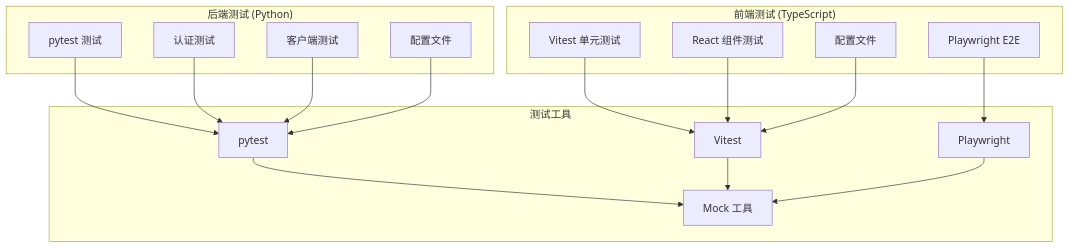
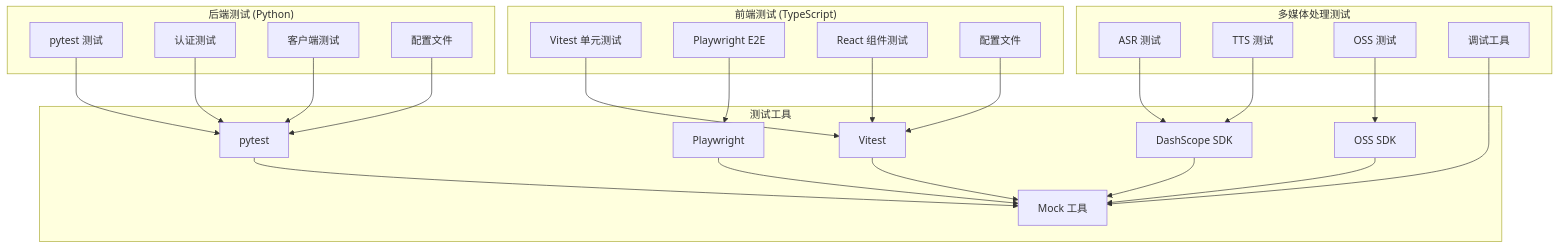
Before and after one commit to hbxfhrg/deer-flow: the first of 11 diagrams in .qoder/repowiki/zh/content/开发指南/测试套件文档.md, drawn with Mermaid. The commit also changed other lines of this file and 4 other files, not shown here.

````diff
--- a/.qoder/repowiki/zh/content/开发指南/测试套件文档.md
+++ b/.qoder/repowiki/zh/content/开发指南/测试套件文档.md
@@ -36,32 +54,46 @@
 ```mermaid
 graph TB
 subgraph "后端测试 (Python)"
 BT1[pytest 测试]
 BT2[认证测试]
 BT3[客户端测试]
 BT4[配置文件]
+end
+subgraph "多媒体处理测试"
+MT1[ASR 测试]
+MT2[TTS 测试]
+MT3[OSS 测试]
+MT4[调试工具]
 end
 subgraph "前端测试 (TypeScript)"
 FT1[Vitest 单元测试]
 FT2[Playwright E2E]
 FT3[React 组件测试]
 FT4[配置文件]
 end
 subgraph "测试工具"
 T1[pytest]
 T2[Vitest]
 T3[Playwright]
 T4[Mock 工具]
+T5[DashScope SDK]
+T6[OSS SDK]
 end
 BT1 --> T1
 BT2 --> T1
 BT3 --> T1
 BT4 --> T1
+MT1 --> T5
+MT2 --> T5
+MT3 --> T6
+MT4 --> T4
 FT1 --> T2
 FT2 --> T3
 FT3 --> T2
 FT4 --> T2
 T1 --> T4
 T2 --> T4
 T3 --> T4
+T5 --> T4
+T6 --> T4
 ```
````
